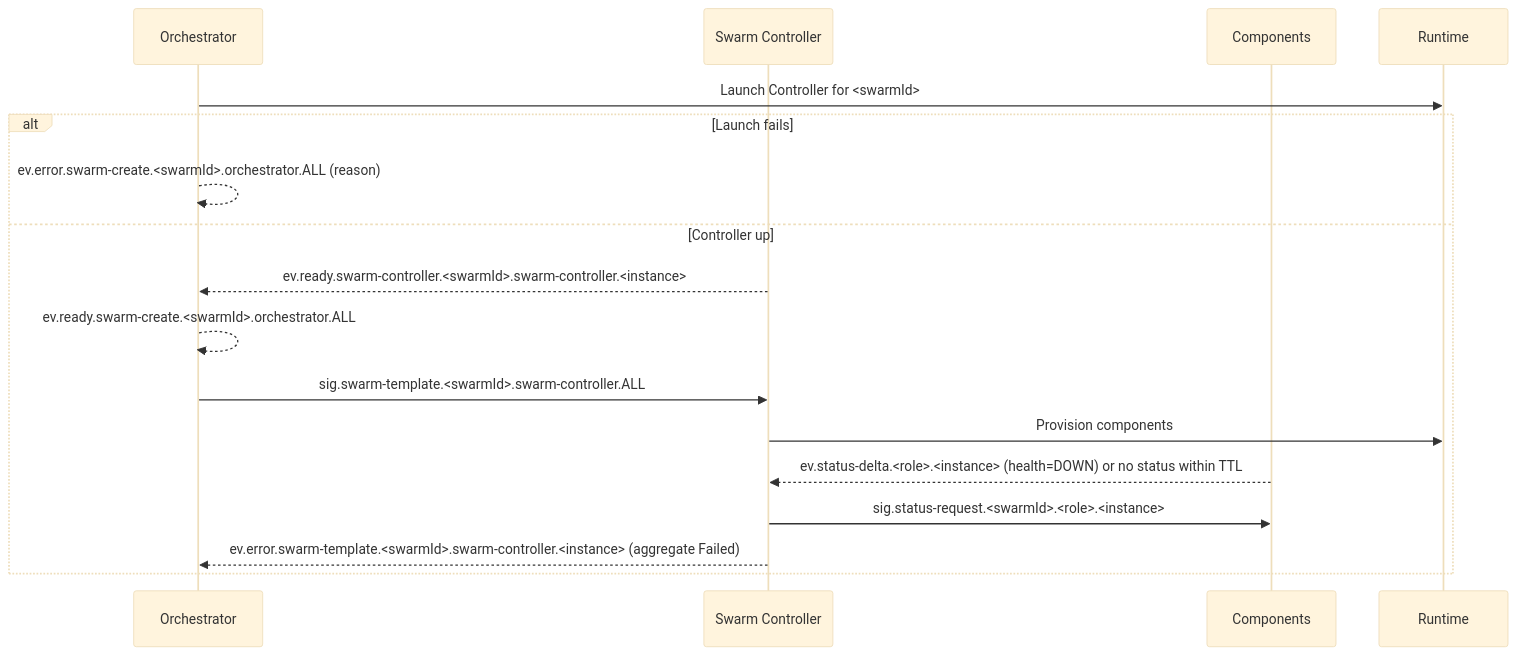
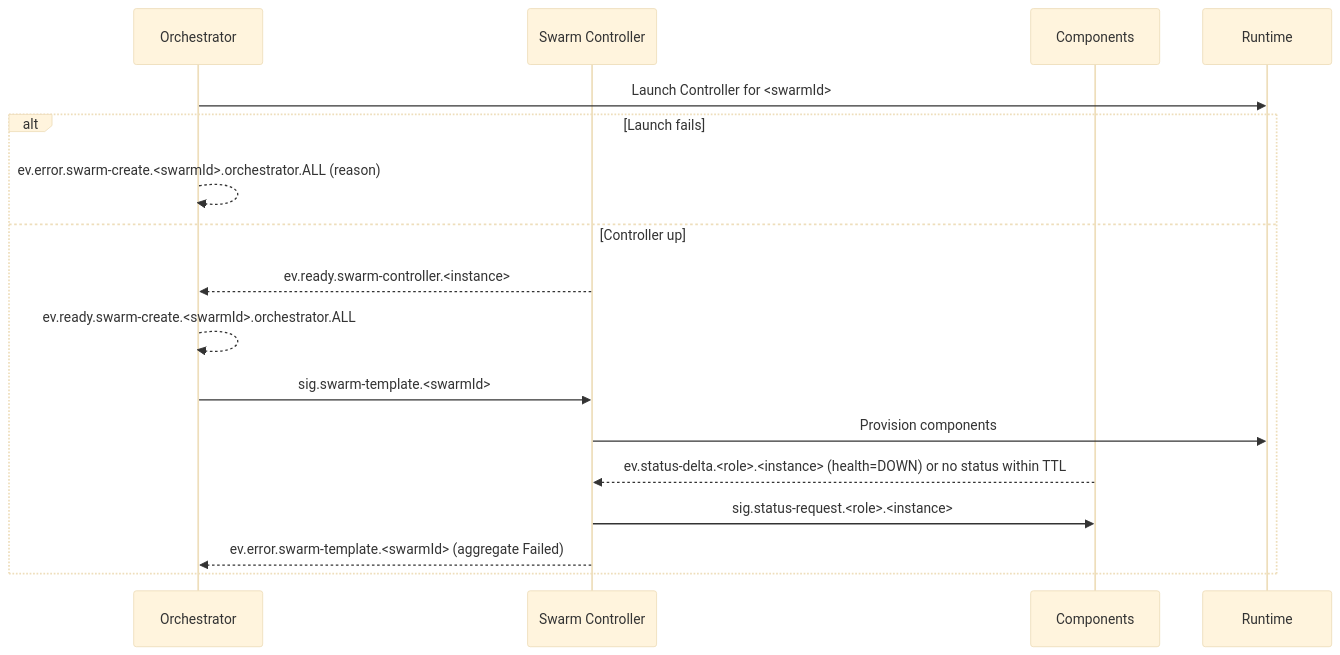
Before and after one commit to sepa79/PocketHive: the eighth of 8 diagrams in docs/ARCHITECTURE.md, drawn with Mermaid (base theme). The commit also changed other lines of this file, not shown here.

Commit message:
docs: align architecture with control-plane contract

````diff
--- a/docs/ARCHITECTURE.md
+++ b/docs/ARCHITECTURE.md
@@ -252,20 +253,20 @@
 ```mermaid
 sequenceDiagram
   participant QN as Orchestrator
   participant MSH as Swarm Controller
   participant CMP as Components
   participant RT as Runtime
 
   QN->>RT: Launch Controller for <swarmId>
   alt Launch fails
     QN-->>QN: ev.error.swarm-create.<swarmId>.orchestrator.ALL (reason)
   else Controller up
-    MSH-->>QN: ev.ready.swarm-controller.<swarmId>.swarm-controller.<instance>
+    MSH-->>QN: ev.ready.swarm-controller.<instance>
     QN-->>QN: ev.ready.swarm-create.<swarmId>.orchestrator.ALL
-    QN->>MSH: sig.swarm-template.<swarmId>.swarm-controller.ALL
+    QN->>MSH: sig.swarm-template.<swarmId>
     MSH->>RT: Provision components
     CMP-->>MSH: ev.status-delta.<role>.<instance> (health=DOWN) or no status within TTL
-    MSH->>CMP: sig.status-request.<swarmId>.<role>.<instance>
-    MSH-->>QN: ev.error.swarm-template.<swarmId>.swarm-controller.<instance> (aggregate Failed)
+    MSH->>CMP: sig.status-request.<role>.<instance>
+    MSH-->>QN: ev.error.swarm-template.<swarmId> (aggregate Failed)
   end
 ```
````
